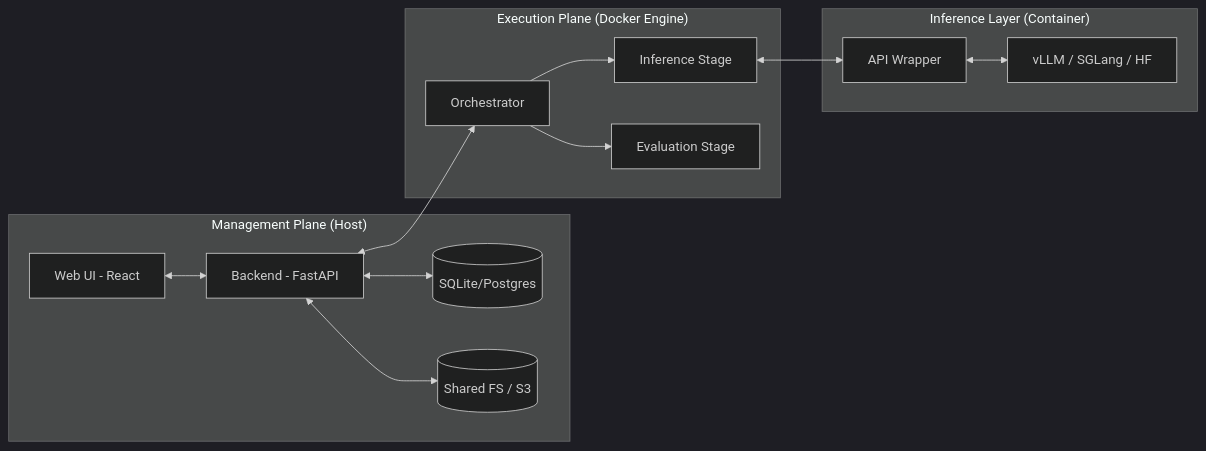
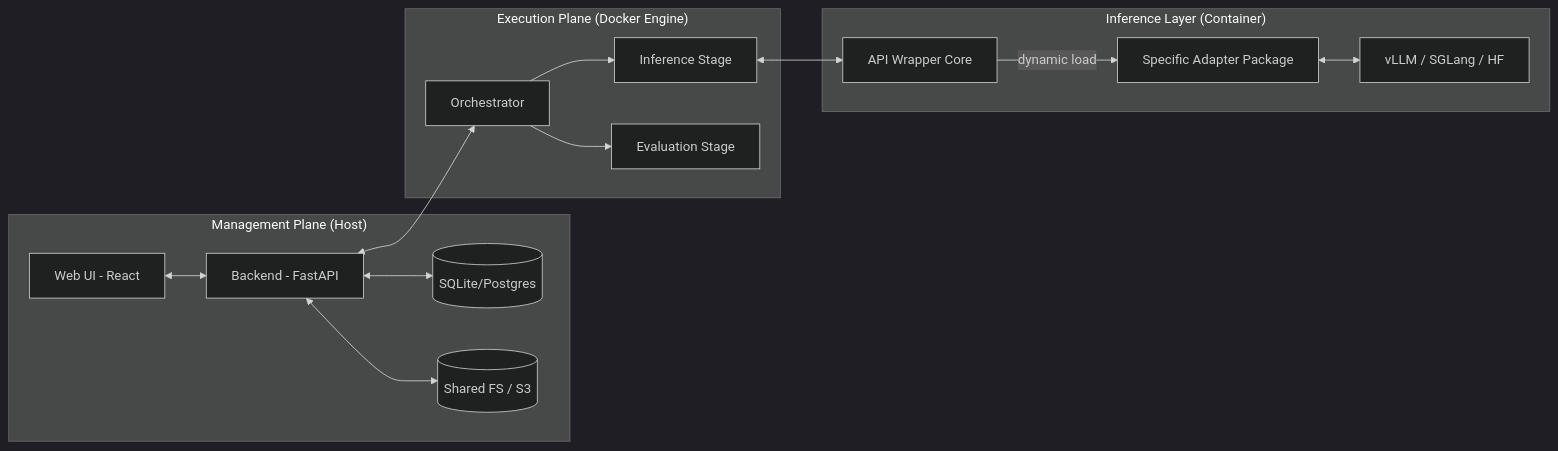
Before and after one commit to VLMHyperBenchTeam/VLMHyperBenchDocs: the first of 3 diagrams in docs/architecture/specification.md, drawn with Mermaid (dark theme). The commit also changed other lines of this file and 4 other files, not shown here.

````diff
--- a/docs/architecture/specification.md
+++ b/docs/architecture/specification.md
@@ -9,19 +9,20 @@
 ```mermaid
 graph LR
     subgraph "Management Plane (Host)"
         UI[Web UI - React] <--> BE[Backend - FastAPI]
         BE <--> DB[(SQLite/Postgres)]
         BE <--> FS[(Shared FS / S3)]
     end
 
     subgraph "Execution Plane (Docker Engine)"
         BE <--> Orch[Orchestrator]
         Orch --> Stage1[Inference Stage]
         Orch --> Stage2[Evaluation Stage]
     end
 
     subgraph "Inference Layer (Container)"
-        Stage1 <--> Wrap[API Wrapper]
-        Wrap <--> Back[vLLM / SGLang / HF]
+        Stage1 <--> Wrap[API Wrapper Core]
+        Wrap -- dynamic load --> ADP[Specific Adapter Package]
+        ADP <--> Engine[vLLM / SGLang / HF]
     end
 ```
````
